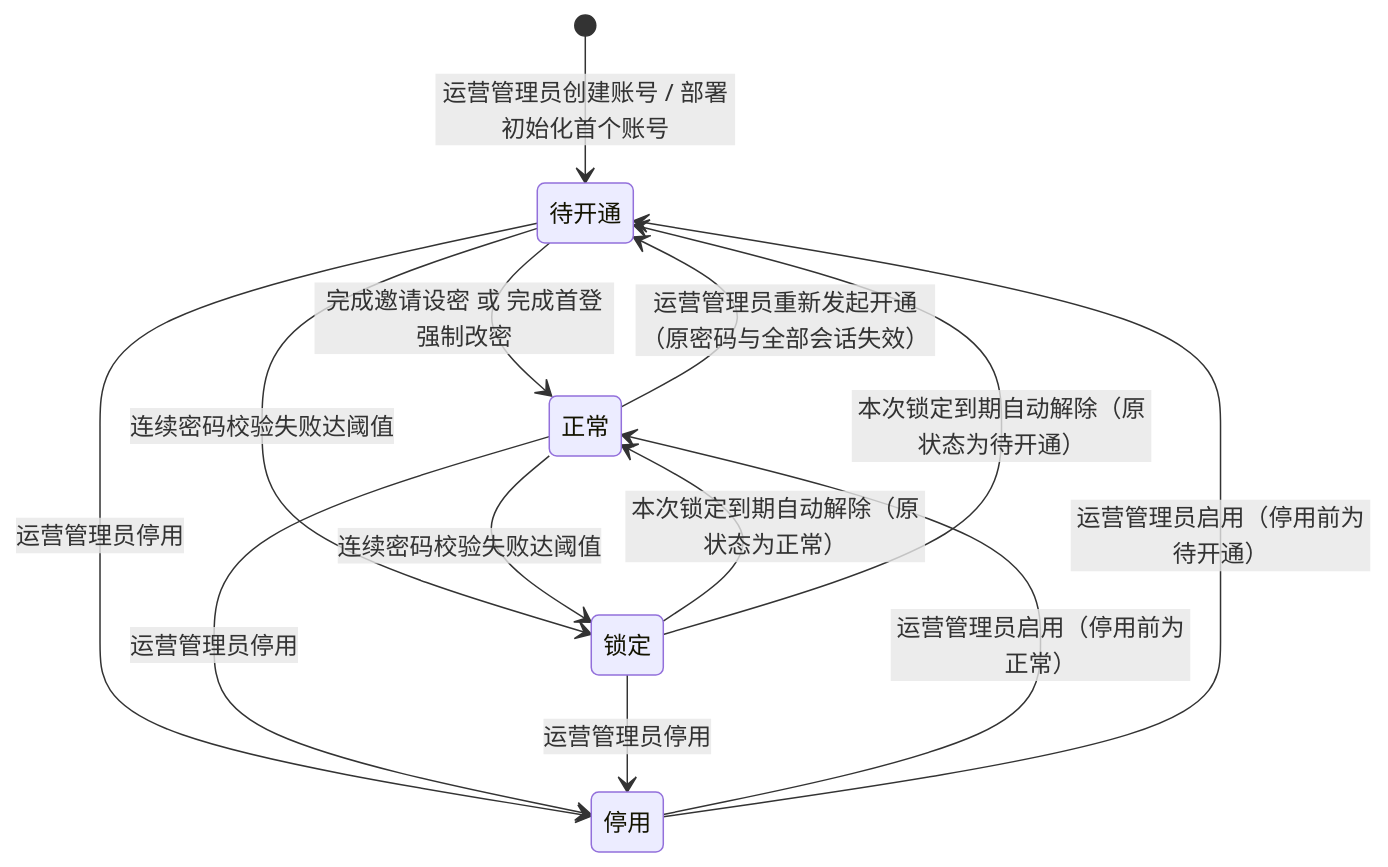
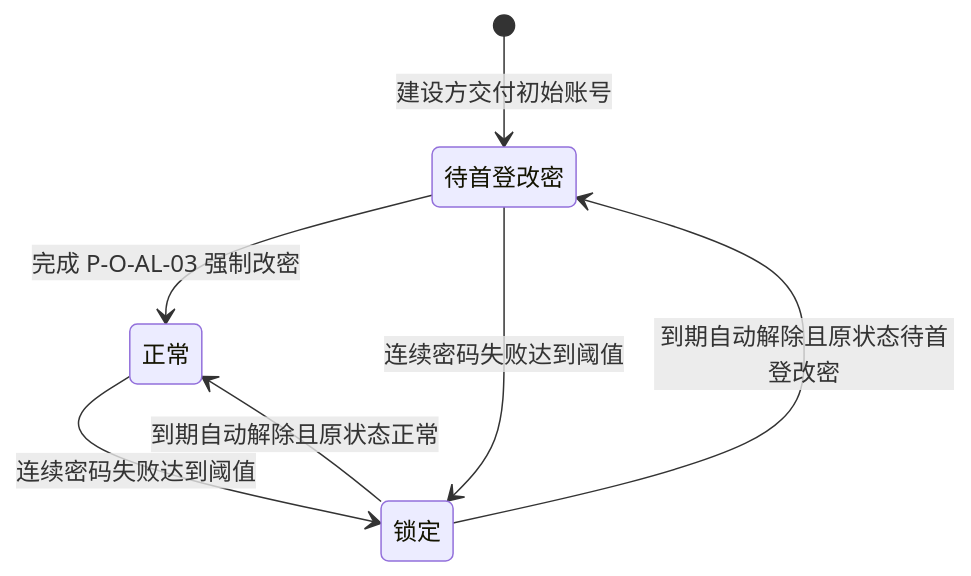
Before and after one commit to wxblockchain/Chain-Financing: the sixth of 8 diagrams in lending-platform/PRD/v1.0-运营端账户与登录/v1.0-运营端账户与登录-流程图与状态机.md, drawn with Mermaid. The commit also changed other lines of this file and 4 other files, not shown here.

````diff
--- a/lending-platform/PRD/v1.0-运营端账户与登录/v1.0-运营端账户与登录-流程图与状态机.md
+++ b/lending-platform/PRD/v1.0-运营端账户与登录/v1.0-运营端账户与登录-流程图与状态机.md
@@ -171,15 +130,9 @@
 ```mermaid
 stateDiagram-v2
-    [*] --> 待开通: 运营管理员创建账号 / 部署初始化首个账号
-    待开通 --> 正常: 完成邀请设密 或 完成首登强制改密
-    待开通 --> 锁定: 连续密码校验失败达阈值
-    正常 --> 锁定: 连续密码校验失败达阈值
-    锁定 --> 正常: 本次锁定到期自动解除（原状态为正常）
-    锁定 --> 待开通: 本次锁定到期自动解除（原状态为待开通）
-    正常 --> 待开通: 运营管理员重新发起开通（原密码与全部会话失效）
-    待开通 --> 停用: 运营管理员停用
-    正常 --> 停用: 运营管理员停用
-    锁定 --> 停用: 运营管理员停用
-    停用 --> 正常: 运营管理员启用（停用前为正常）
-    停用 --> 待开通: 运营管理员启用（停用前为待开通）
+    [*] --> 待首登改密: 建设方交付初始账号
+    待首登改密 --> 正常: 完成 P-O-AL-03 强制改密
+    待首登改密 --> 锁定: 连续密码失败达到阈值
+    正常 --> 锁定: 连续密码失败达到阈值
+    锁定 --> 待首登改密: 到期自动解除且原状态待首登改密
+    锁定 --> 正常: 到期自动解除且原状态正常
 ```
````
